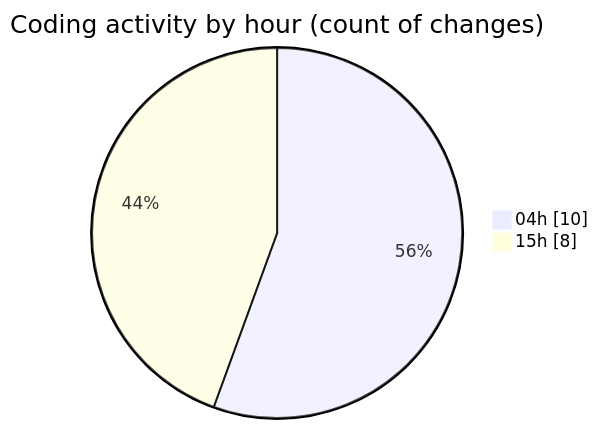
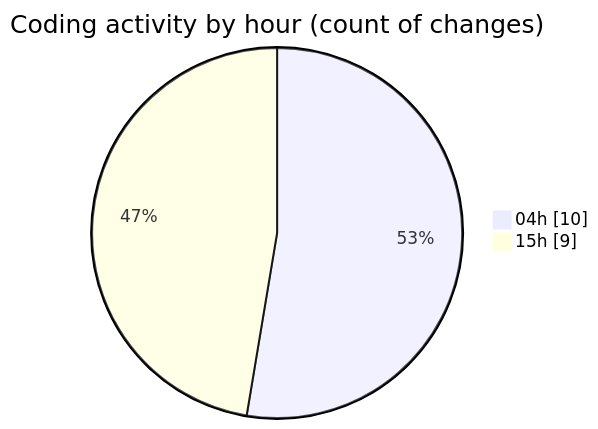
One commit to charlie-sans/code-tracking changed the second of 2 diagrams in 2025-03-17/sharpmasm/README.md. Above: the diagram before and after it, drawn with Mermaid. The commit also changed other lines of this file and 1 other file, not shown here.

````diff
--- a/2025-03-17/sharpmasm/README.md
+++ b/2025-03-17/sharpmasm/README.md
@@ -34,6 +35,6 @@
 ```mermaid
 pie showData
 title Coding activity by hour (count of changes)
 "04h" : 10
-"15h" : 8
+"15h" : 9
 ```
````
